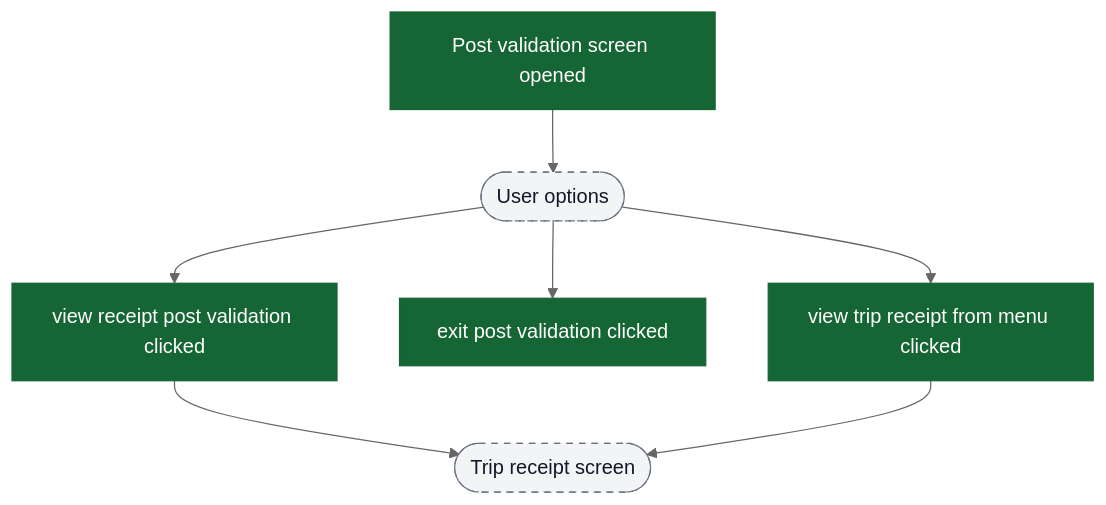
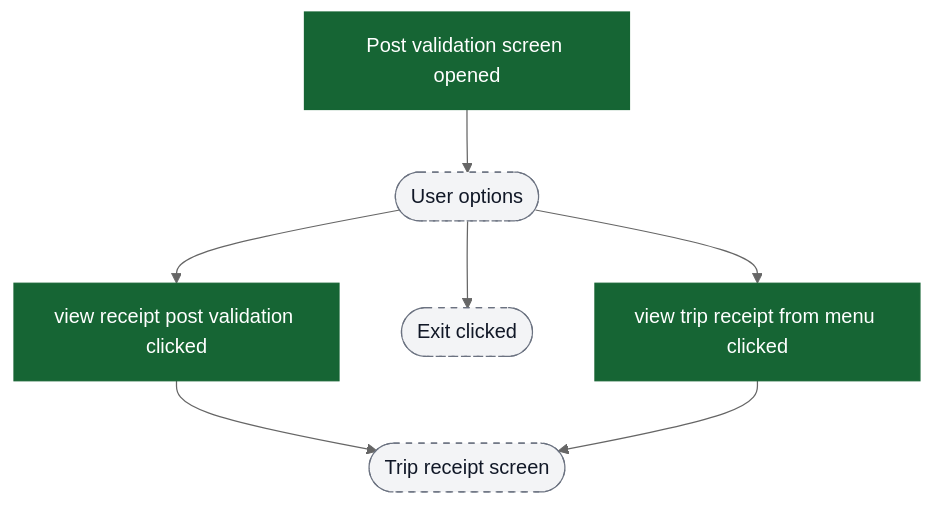
One commit to ratulsarna/chalo-app-dashboard changed diagram 13 of 17 in content/analytics/mticket/flow-diagrams.md. Above: the diagram before and after it, drawn with Mermaid (neutral theme). The commit also changed other lines of this file and 3 other files, not shown here.

Commit message:
feat(analytics): update mTicket and Trip Planner event definitions and flow diagrams

````diff
--- a/content/analytics/mticket/flow-diagrams.md
+++ b/content/analytics/mticket/flow-diagrams.md
@@ -338,18 +351,18 @@
 ```mermaid
 flowchart TD
   ev_postValidationOpen["Post validation screen opened"] --> ui_viewOptions([User options])
 
   ui_viewOptions --> ev_viewReceipt["view receipt post validation clicked"]
-  ui_viewOptions --> ev_exitValidation["exit post validation clicked"]
+  ui_viewOptions --> ui_exitValidation([Exit clicked])
   ui_viewOptions --> ev_menuReceipt["view trip receipt from menu clicked"]
 
   ev_viewReceipt --> ui_receiptScreen([Trip receipt screen])
   ev_menuReceipt --> ui_receiptScreen
 
   classDef event fill:#166534,stroke:#166534,color:#ffffff;
   classDef ui fill:#f3f4f6,stroke:#6b7280,stroke-dasharray: 5 5,color:#111827;
   classDef external fill:#ffffff,stroke:#6b7280,stroke-dasharray: 3 3,color:#111827;
 
-  class ev_postValidationOpen,ev_viewReceipt,ev_exitValidation,ev_menuReceipt event;
-  class ui_viewOptions,ui_receiptScreen ui;
+  class ev_postValidationOpen,ev_viewReceipt,ev_menuReceipt event;
+  class ui_viewOptions,ui_exitValidation,ui_receiptScreen ui;
 ```
````
